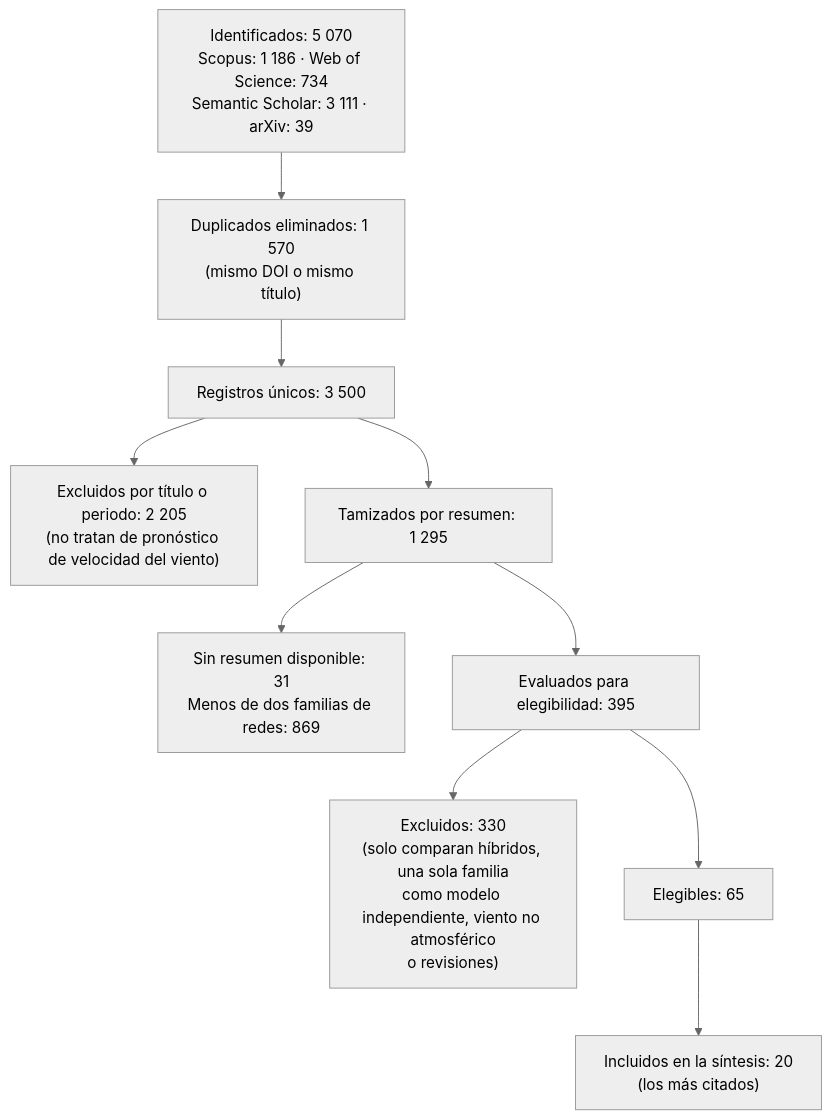
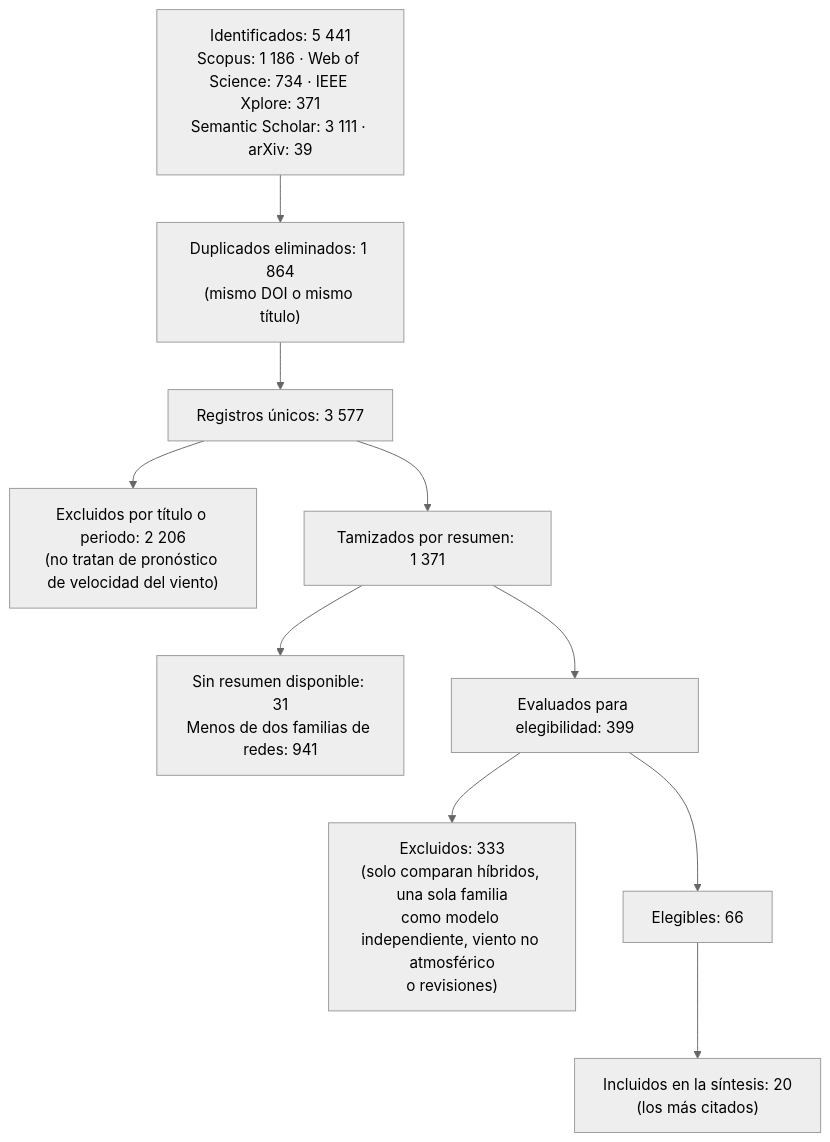
The first of 2 diagrams in 03_literatura.md (BetzyW/Deep-Learning-Wind), drawn with Mermaid (neutral theme) before and after one commit. The commit also changed other lines of this file and 18 other files, not shown here.

````diff
--- a/03_literatura.md
+++ b/03_literatura.md
@@ -50,12 +52,12 @@
 ```{mermaid}
 flowchart TD
-    A["Identificados: 5 070<br/>Scopus: 1 186 · Web of Science: 734<br/>Semantic Scholar: 3 111 · arXiv: 39"] --> B["Duplicados eliminados: 1 570<br/>(mismo DOI o mismo título)"]
-    B --> C["Registros únicos: 3 500"]
-    C --> D["Excluidos por título o periodo: 2 205<br/>(no tratan de pronóstico de velocidad del viento)"]
-    C --> E["Tamizados por resumen: 1 295"]
-    E --> F["Sin resumen disponible: 31<br/>Menos de dos familias de redes: 869"]
-    E --> G["Evaluados para elegibilidad: 395"]
-    G --> H["Excluidos: 330<br/>(solo comparan híbridos, una sola familia<br/>como modelo independiente, viento no atmosférico<br/>o revisiones)"]
-    G --> I["Elegibles: 65"]
+    A["Identificados: 5 441<br/>Scopus: 1 186 · Web of Science: 734 · IEEE Xplore: 371<br/>Semantic Scholar: 3 111 · arXiv: 39"] --> B["Duplicados eliminados: 1 864<br/>(mismo DOI o mismo título)"]
+    B --> C["Registros únicos: 3 577"]
+    C --> D["Excluidos por título o periodo: 2 206<br/>(no tratan de pronóstico de velocidad del viento)"]
+    C --> E["Tamizados por resumen: 1 371"]
+    E --> F["Sin resumen disponible: 31<br/>Menos de dos familias de redes: 941"]
+    E --> G["Evaluados para elegibilidad: 399"]
+    G --> H["Excluidos: 333<br/>(solo comparan híbridos, una sola familia<br/>como modelo independiente, viento no atmosférico<br/>o revisiones)"]
+    G --> I["Elegibles: 66"]
     I --> J["Incluidos en la síntesis: 20<br/>(los más citados)"]
 ```
````
